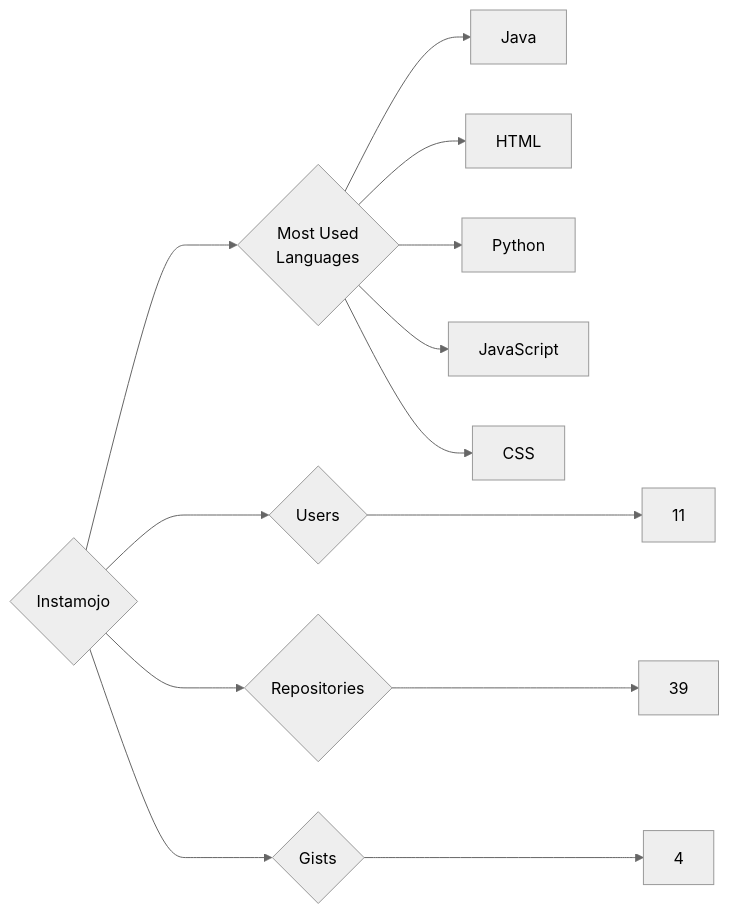
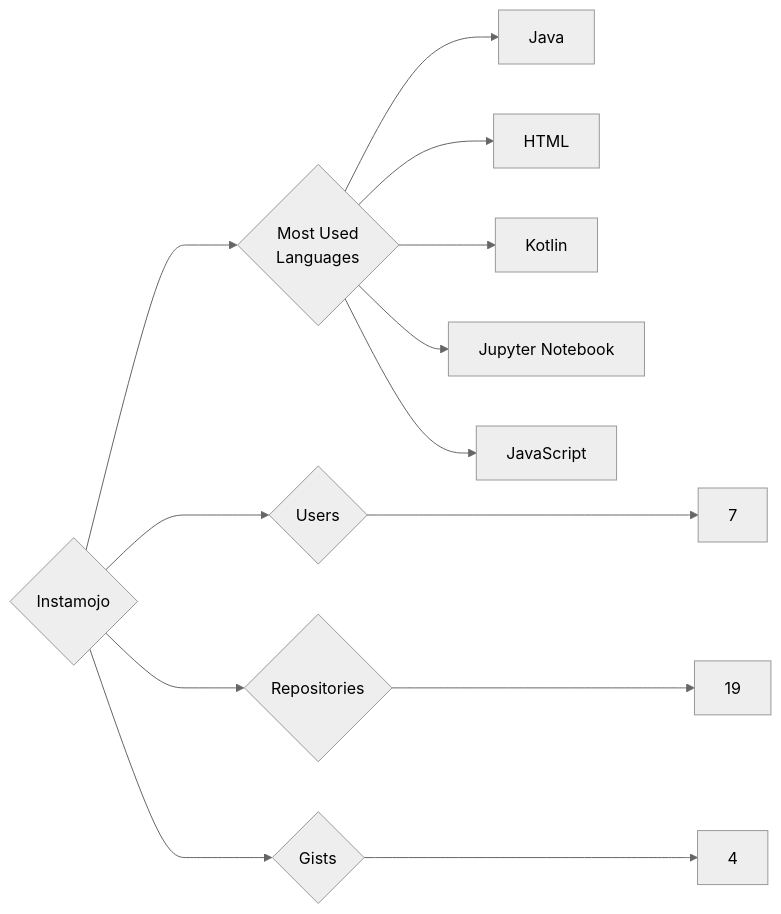
The diagram in targets/Instamojo/README.md (trickest/insiders), drawn with Mermaid (neutral theme) before and after one commit. The commit also changed 1003 other files, not shown here.

````diff
--- a/targets/Instamojo/README.md
+++ b/targets/Instamojo/README.md
@@ -3,13 +3,13 @@
 ```mermaid
 graph LR
 COMPANY_NAME{Instamojo}
-COMPANY_NAME ---> U{Users} ---> UN[11]
-COMPANY_NAME ---> R{Repositories} ---> RN[39]
+COMPANY_NAME ---> U{Users} ---> UN[7]
+COMPANY_NAME ---> R{Repositories} ---> RN[19]
 COMPANY_NAME ---> G{Gists} ---> GN[4]
 COMPANY_NAME ---> ML{Most Used<br>Languages}
 ML --> Java[Java]
 ML --> HTML[HTML]
-ML --> Python[Python]
+ML --> Kotlin[Kotlin]
+ML --> Jupyter_Notebook[Jupyter Notebook]
 ML --> JavaScript[JavaScript]
-ML --> CSS[CSS]
 ```
````
